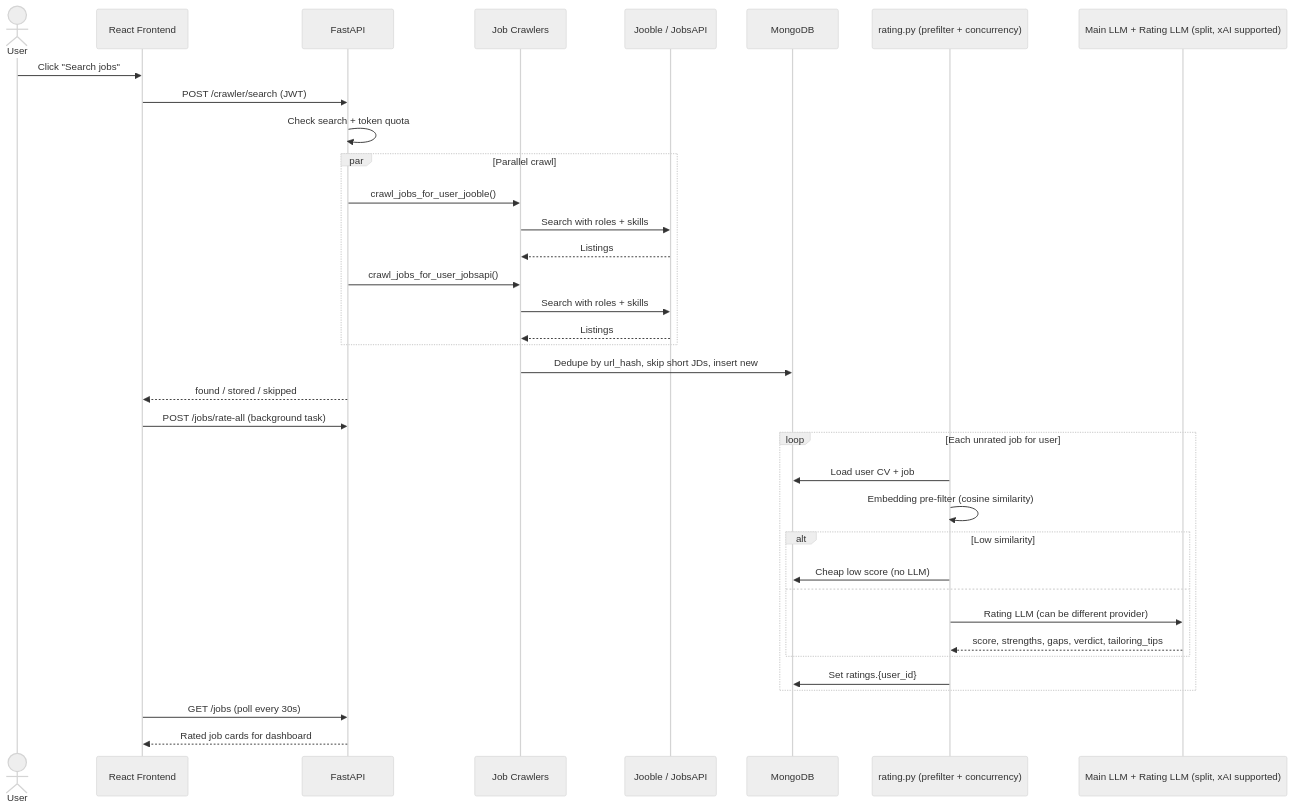
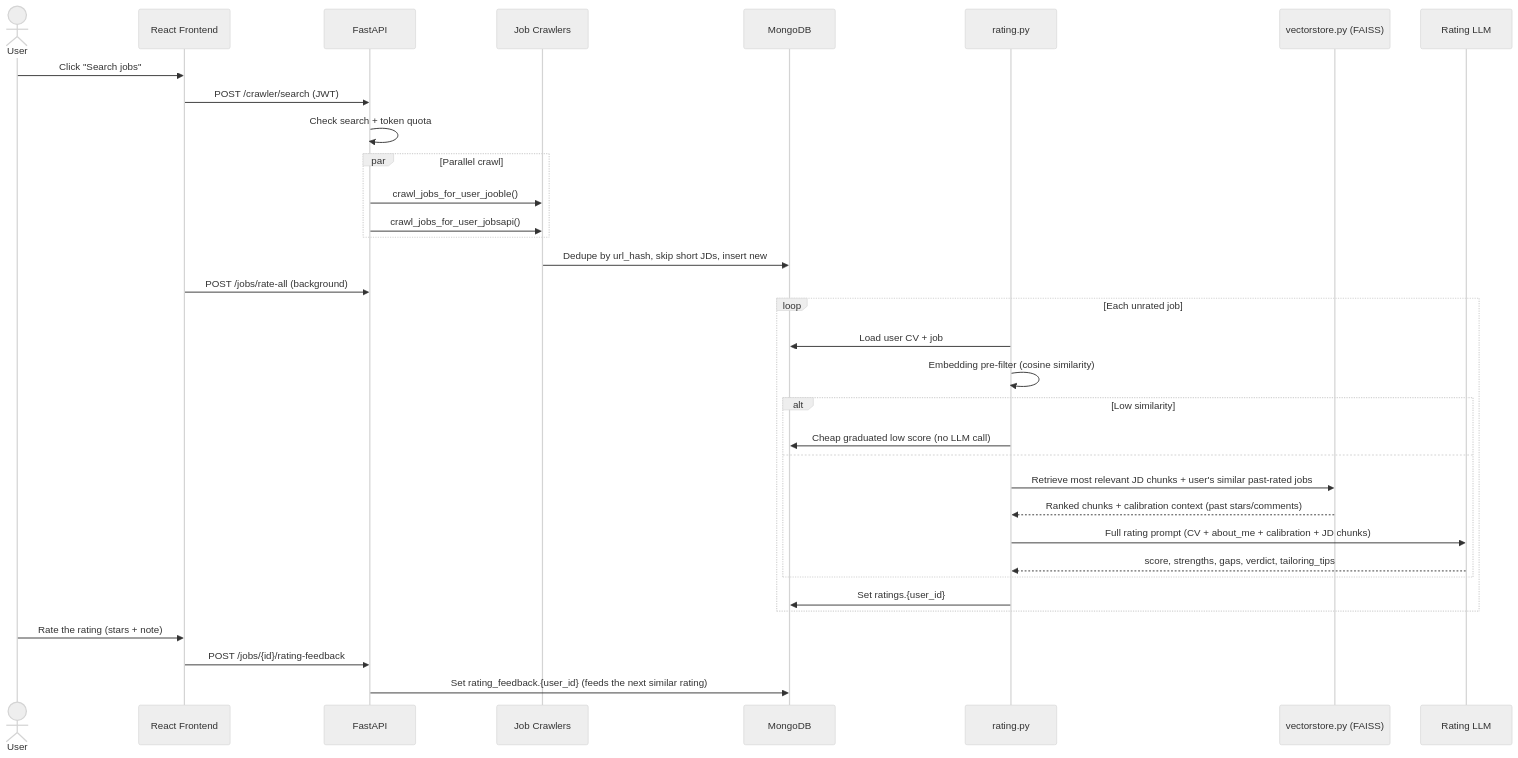
The third of 3 diagrams in README.md (itsmesaim/jobRadarAI), drawn with Mermaid (neutral theme) before and after one commit. The commit also changed other lines of this file and 28 other files, not shown here.

````diff
--- a/README.md
+++ b/README.md
@@ -201,43 +115,39 @@
 ```mermaid
 sequenceDiagram
     actor User
     participant FE as React Frontend
     participant API as FastAPI
     participant Crawler as Job Crawlers
-    participant Ext as Jooble / JobsAPI
     participant DB as MongoDB
-    participant Rating as rating.py (prefilter + concurrency)
-    participant LLM as Main LLM + Rating LLM (split, xAI supported)
+    participant Rating as rating.py
+    participant Vec as vectorstore.py (FAISS)
+    participant LLM as Rating LLM
 
     User->>FE: Click "Search jobs"
     FE->>API: POST /crawler/search (JWT)
     API->>API: Check search + token quota
-
     par Parallel crawl
         API->>Crawler: crawl_jobs_for_user_jooble()
-        Crawler->>Ext: Search with roles + skills
-        Ext-->>Crawler: Listings
         API->>Crawler: crawl_jobs_for_user_jobsapi()
-        Crawler->>Ext: Search with roles + skills
-        Ext-->>Crawler: Listings
     end
+    Crawler->>DB: Dedupe by url_hash, skip short JDs, insert new
 
-    Crawler->>DB: Dedupe by url_hash, skip short JDs, insert new
-    API-->>FE: found / stored / skipped
-
-    FE->>API: POST /jobs/rate-all (background task)
-    loop Each unrated job for user
+    FE->>API: POST /jobs/rate-all (background)
+    loop Each unrated job
         Rating->>DB: Load user CV + job
         Rating->>Rating: Embedding pre-filter (cosine similarity)
         alt Low similarity
-            Rating->>DB: Cheap low score (no LLM)
+            Rating->>DB: Cheap graduated low score (no LLM call)
         else
-            Rating->>LLM: Rating LLM (can be different provider)
+            Rating->>Vec: Retrieve most relevant JD chunks + user's similar past-rated jobs
+            Vec-->>Rating: Ranked chunks + calibration context (past stars/comments)
+            Rating->>LLM: Full rating prompt (CV + about_me + calibration + JD chunks)
             LLM-->>Rating: score, strengths, gaps, verdict, tailoring_tips
         end
         Rating->>DB: Set ratings.{user_id}
     end
 
-    FE->>API: GET /jobs (poll every 30s)
-    API-->>FE: Rated job cards for dashboard
+    User->>FE: Rate the rating (stars + note)
+    FE->>API: POST /jobs/{id}/rating-feedback
+    API->>DB: Set rating_feedback.{user_id} (feeds the next similar rating)
 ```
````
